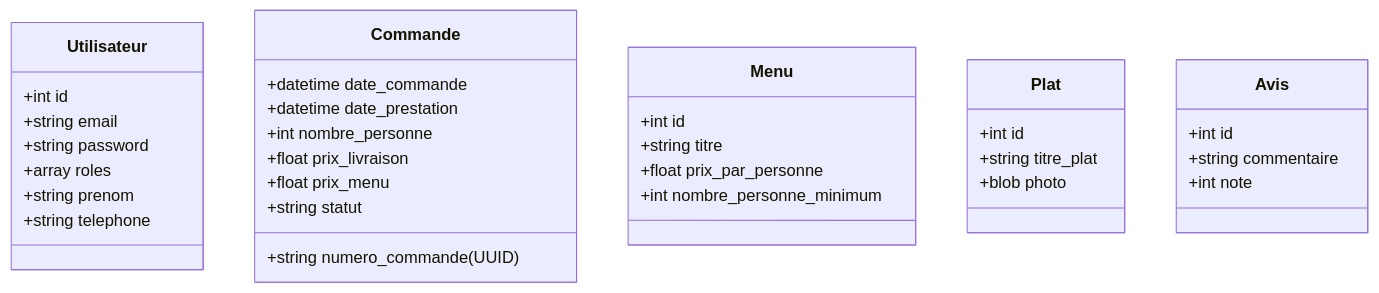
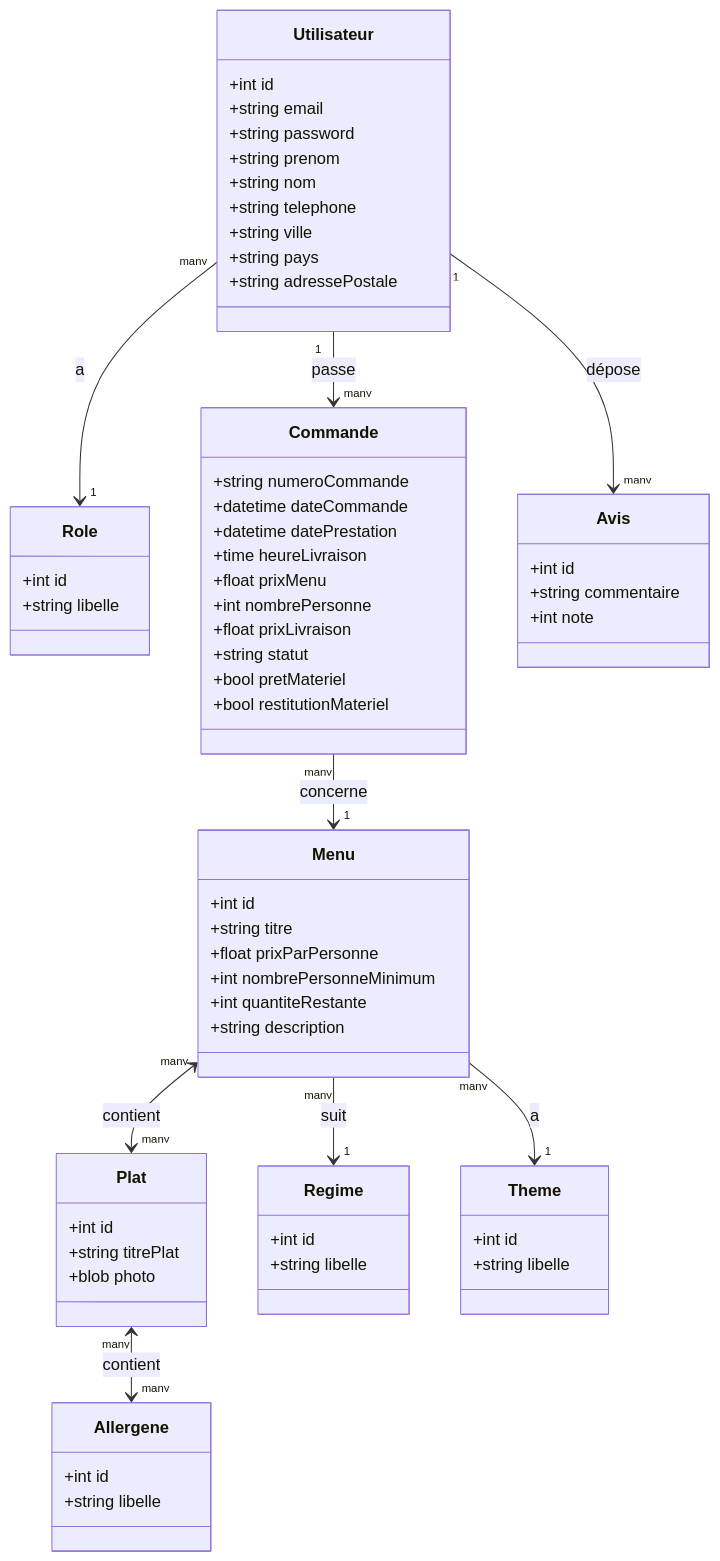
One commit to PhilHika/Vite-Gourmand changed the diagram in README.md. Above: the diagram before and after it, drawn with Mermaid. The commit also changed other lines of this file, not shown here.

Commit message:
Mise a jour du README (stack, fixtures, env vars, diagramme)

````diff
--- a/README.md
+++ b/README.md
@@ -29,37 +40,69 @@
 ```mermaid
 classDiagram
     class Utilisateur {
         +int id
         +string email
         +string password
-        +array roles
         +string prenom
+        +string nom
         +string telephone
+        +string ville
+        +string pays
+        +string adressePostale
+    }
+    class Role {
+        +int id
+        +string libelle
     }
     class Commande {
-        +string numero_commande (UUID)
-        +datetime date_commande
-        +datetime date_prestation
-        +int nombre_personne
-        +float prix_livraison
-        +float prix_menu
+        +string numeroCommande
+        +datetime dateCommande
+        +datetime datePrestation
+        +time heureLivraison
+        +float prixMenu
+        +int nombrePersonne
+        +float prixLivraison
         +string statut
+        +bool pretMateriel
+        +bool restitutionMateriel
     }
     class Menu {
         +int id
         +string titre
-        +float prix_par_personne
-        +int nombre_personne_minimum
+        +float prixParPersonne
+        +int nombrePersonneMinimum
+        +int quantiteRestante
+        +string description
     }
     class Plat {
         +int id
-        +string titre_plat
+        +string titrePlat
         +blob photo
     }
     class Avis {
         +int id
         +string commentaire
         +int note
     }
+    class Allergene {
+        +int id
+        +string libelle
+    }
+    class Regime {
+        +int id
+        +string libelle
+    }
+    class Theme {
+        +int id
+        +string libelle
+    }
 
+    Utilisateur "many" --> "1" Role : a
+    Utilisateur "1" --> "many" Commande : passe
+    Utilisateur "1" --> "many" Avis : dépose
+    Commande "many" --> "1" Menu : concerne
+    Menu "many" <--> "many" Plat : contient
+    Plat "many" <--> "many" Allergene : contient
+    Menu "many" --> "1" Regime : suit
+    Menu "many" --> "1" Theme : a
 ```
````
